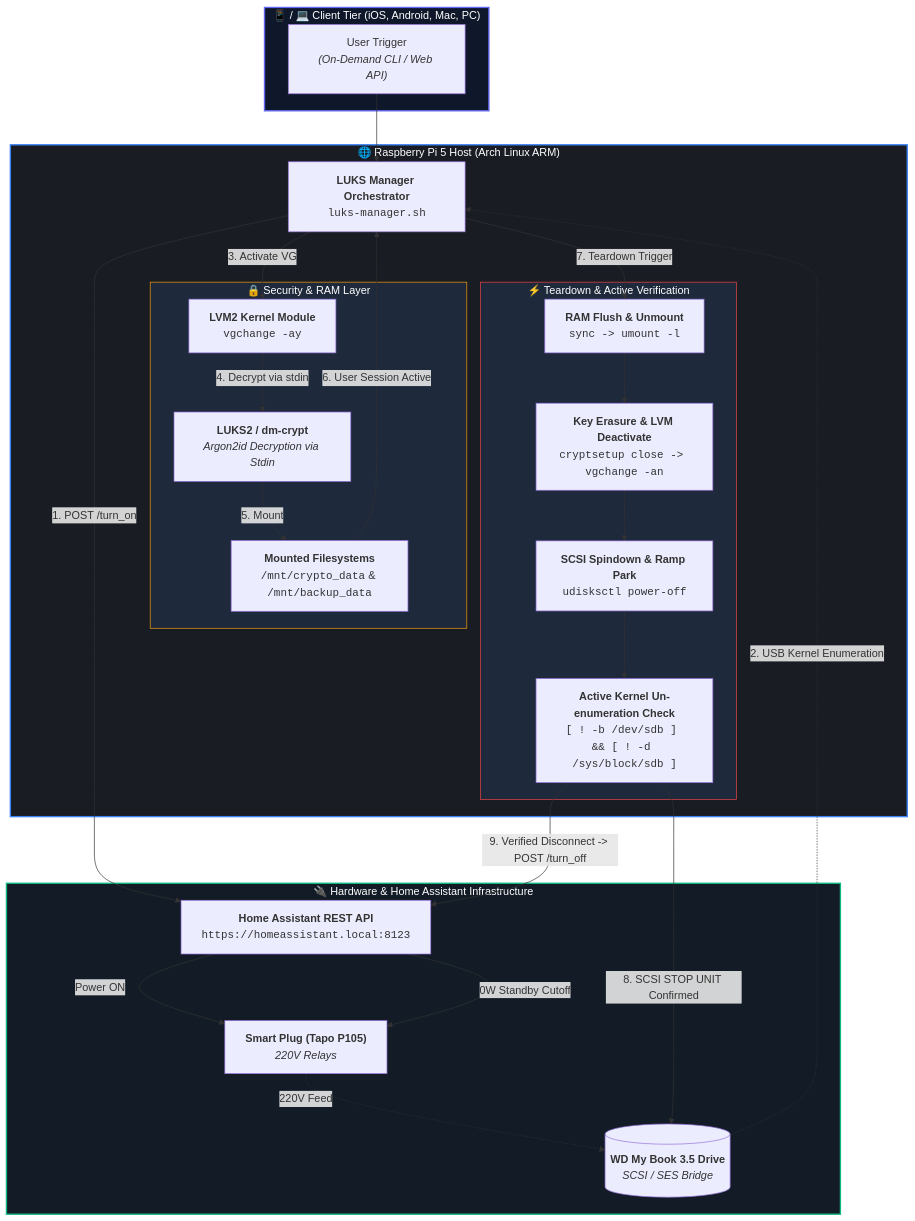
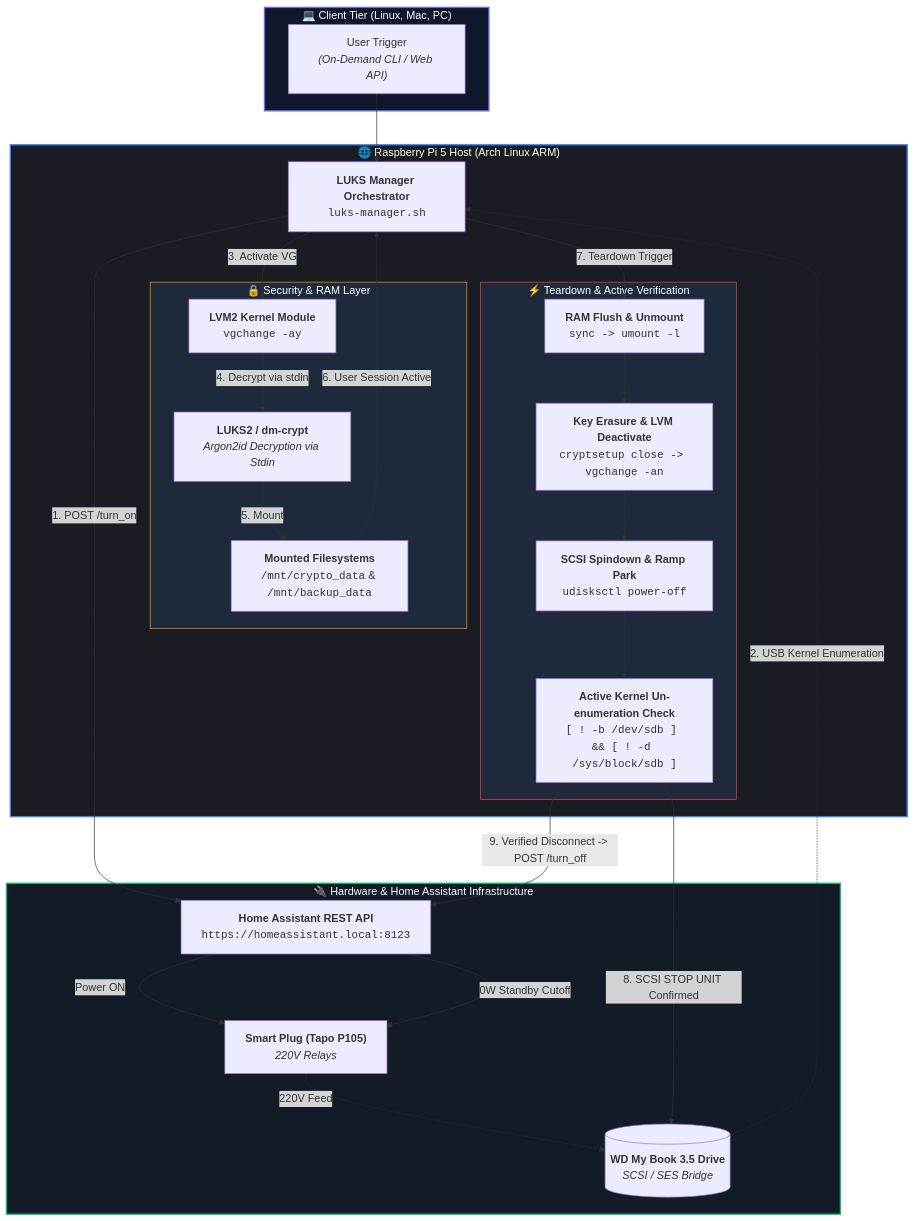
Before and after one commit to a-cifrodelli/luks-companion: the diagram in README.md, drawn with Mermaid. The commit also changed 1 other file, not shown here.

````diff
--- a/README.md
+++ b/README.md
@@ -18,58 +18,58 @@
 ```mermaid
 flowchart TD
-    subgraph CLIENTS ["📱 / 💻 Client Tier (iOS, Android, Mac, PC)"]
+    subgraph CLIENTS ["💻 Client Tier (Linux, Mac, PC)"]
         UserTrigger["User Trigger<br/><i>(On-Demand CLI / Web API)</i>"]
     end
 
     subgraph RPI ["🌐 Raspberry Pi 5 Host (Arch Linux ARM)"]
         Orchestrator["<b>LUKS Manager Orchestrator</b><br/><code>luks-manager.sh</code>"]
         
         subgraph SEC ["🔒 Security & RAM Layer"]
             LVM["<b>LVM2 Kernel Module</b><br/><code>vgchange -ay</code>"]
             LUKS["<b>LUKS2 / dm-crypt</b><br/><i>Argon2id Decryption via Stdin</i>"]
             Mounts["<b>Mounted Filesystems</b><br/><code>/mnt/crypto_data</code> & <code>/mnt/backup_data</code>"]
         end
         
         subgraph TEARDOWN ["⚡ Teardown & Active Verification"]
             Sync["<b>RAM Flush & Unmount</b><br/><code>sync -> umount -l</code>"]
             Purge["<b>Key Erasure & LVM Deactivate</b><br/><code>cryptsetup close -> vgchange -an</code>"]
             Spindown["<b>SCSI Spindown & Ramp Park</b><br/><code>udisksctl power-off</code>"]
             Verify["<b>Active Kernel Un-enumeration Check</b><br/><code>[ ! -b /dev/sdb ] && [ ! -d /sys/block/sdb ]</code>"]
         end
     end
 
     subgraph EXTERNAL ["🔌 Hardware & Home Assistant Infrastructure"]
         HA["<b>Home Assistant REST API</b><br/><code>https://homeassistant.local:8123</code>"]
         Tapo["<b>Smart Plug (Tapo P105)</b><br/><i>220V Relays</i>"]
         Drive[("<b>WD My Book 3.5 Drive</b><br/><i>SCSI / SES Bridge</i>")]
     end
 
     %% Flow Relationships
     UserTrigger --> Orchestrator
     Orchestrator -->|1. POST /turn_on| HA
     HA -->|Power ON| Tapo
     Tapo -.->|220V Feed| Drive
     Drive -.->|2. USB Kernel Enumeration| Orchestrator
     
     Orchestrator -->|3. Activate VG| LVM
     LVM -->|4. Decrypt via stdin| LUKS
     LUKS -->|5. Mount| Mounts
     
     Mounts -->|6. User Session Active| Orchestrator
     
     Orchestrator -->|7. Teardown Trigger| Sync
     Sync --> Purge
     Purge --> Spindown
     Spindown --> Verify
     Verify -->|8. SCSI STOP UNIT Confirmed| Drive
     Verify -->|9. Verified Disconnect -> POST /turn_off| HA
     HA -->|0W Standby Cutoff| Tapo
 
     %% Styling
     classDef default font-family:sans-serif;
     style RPI fill:#1a1c23,stroke:#3b82f6,stroke-width:2px,color:#fff
     style EXTERNAL fill:#131b26,stroke:#10b981,stroke-width:2px,color:#fff
     style SEC fill:#1e293b,stroke:#f59e0b,stroke-width:1px,color:#fff
     style TEARDOWN fill:#1e293b,stroke:#ef4444,stroke-width:1px,color:#fff
     style CLIENTS fill:#0f172a,stroke:#6366f1,stroke-width:2px,color:#fff
 ```
````
